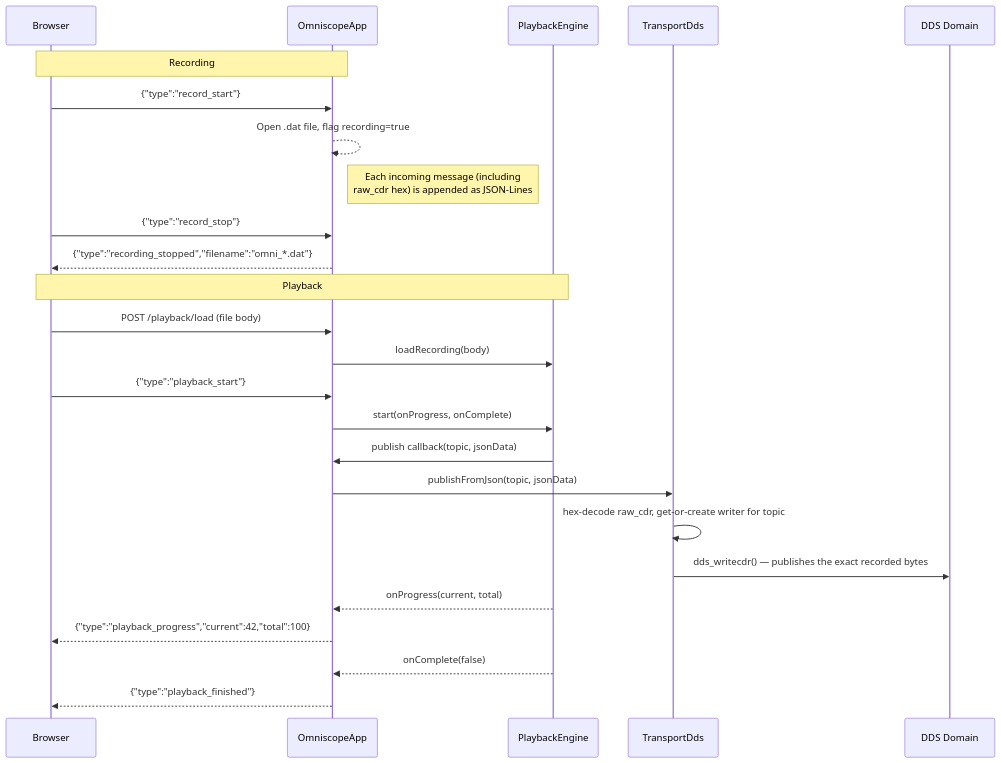
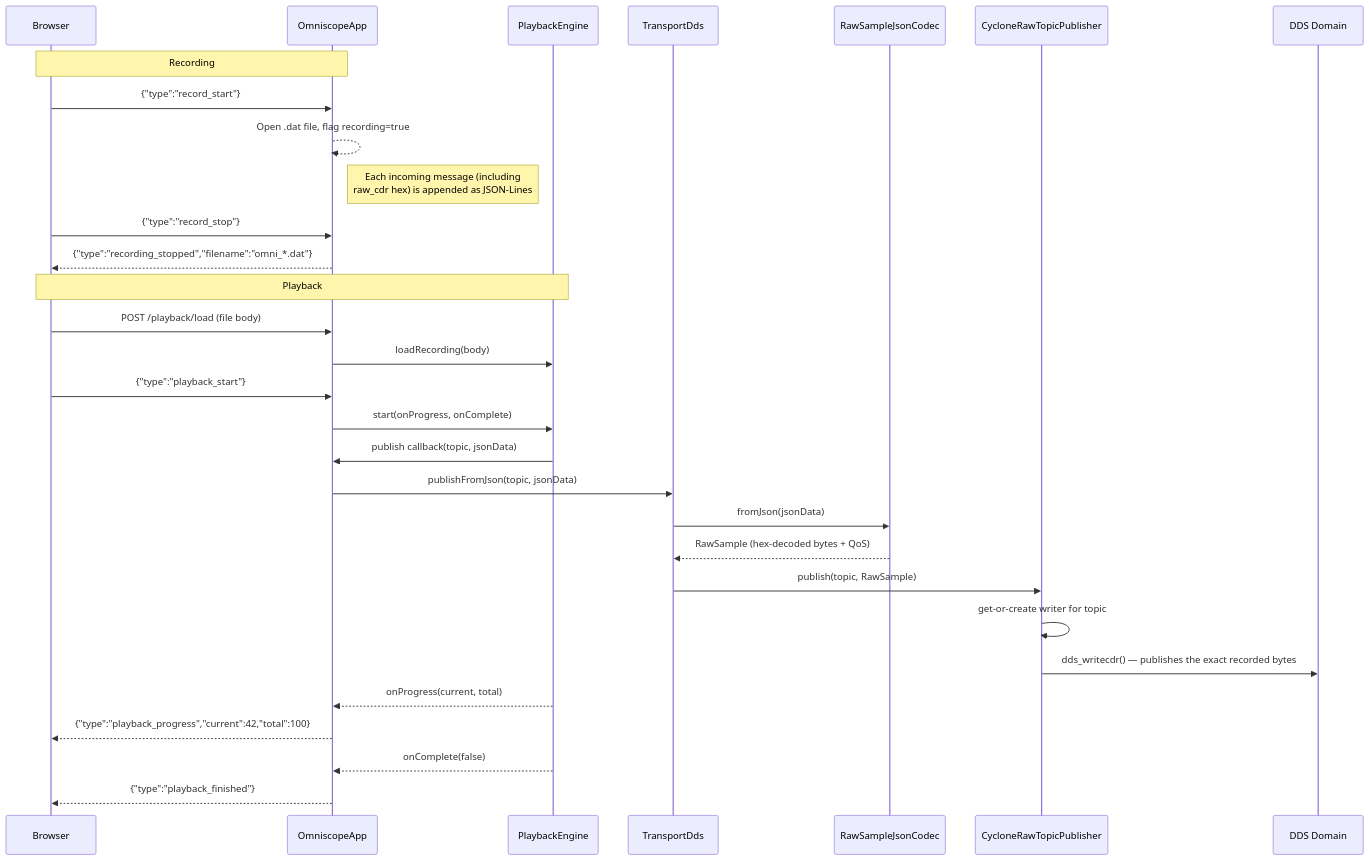
The fifth of 5 diagrams in src/apps/OmniscopeDds/DESIGN.md (sfestenstein/ContainerizedCPP), drawn with Mermaid before and after one commit. The commit also changed other lines of this file and 26 other files, not shown here.

````diff
--- a/src/apps/OmniscopeDds/DESIGN.md
+++ b/src/apps/OmniscopeDds/DESIGN.md
@@ -125,30 +214,35 @@
 ```mermaid
 sequenceDiagram
     participant B as Browser
     participant App as OmniscopeApp
     participant PE as PlaybackEngine
     participant DT as TransportDds
+    participant Codec as RawSampleJsonCodec
+    participant Pub as CycloneRawTopicPublisher
     participant DDS as DDS Domain
 
     Note over B,App: Recording
     B->>App: {"type":"record_start"}
     App-->>App: Open .dat file, flag recording=true
     Note right of App: Each incoming message (including<br/>raw_cdr hex) is appended as JSON-Lines
 
     B->>App: {"type":"record_stop"}
     App-->>B: {"type":"recording_stopped","filename":"omni_*.dat"}
 
     Note over B,PE: Playback
     B->>App: POST /playback/load (file body)
     App->>PE: loadRecording(body)
     B->>App: {"type":"playback_start"}
     App->>PE: start(onProgress, onComplete)
     PE->>App: publish callback(topic, jsonData)
     App->>DT: publishFromJson(topic, jsonData)
-    DT->>DT: hex-decode raw_cdr, get-or-create writer for topic
-    DT->>DDS: dds_writecdr() — publishes the exact recorded bytes
+    DT->>Codec: fromJson(jsonData)
+    Codec-->>DT: RawSample (hex-decoded bytes + QoS)
+    DT->>Pub: publish(topic, RawSample)
+    Pub->>Pub: get-or-create writer for topic
+    Pub->>DDS: dds_writecdr() — publishes the exact recorded bytes
     PE-->>App: onProgress(current, total)
     App-->>B: {"type":"playback_progress","current":42,"total":100}
     PE-->>App: onComplete(false)
     App-->>B: {"type":"playback_finished"}
 ```
````
